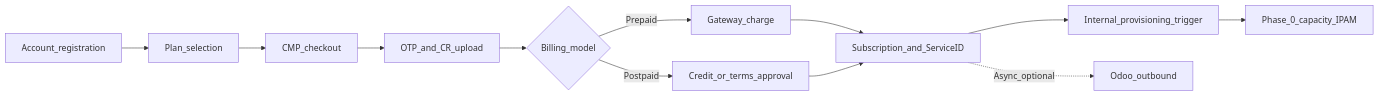
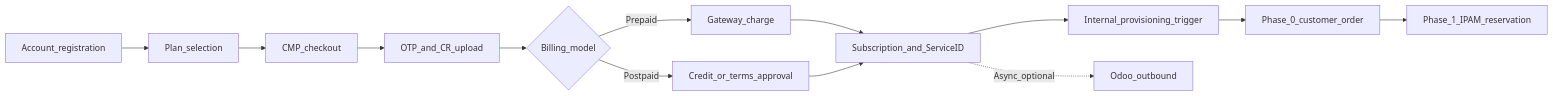
One commit to satish-londhe/admin-docs changed the diagram in docs/engagements/datamount/registration-and-billing.md. Above: the diagram before and after it, drawn with Mermaid. The commit also changed other lines of this file and 60 other files, not shown here.

````diff
--- a/docs/engagements/datamount/registration-and-billing.md
+++ b/docs/engagements/datamount/registration-and-billing.md
@@ -36,14 +34,15 @@
 ```mermaid
 flowchart LR
   Reg[Account_registration] --> Plan[Plan_selection]
   Plan --> Checkout[CMP_checkout]
   Checkout --> KYC[OTP_and_CR_upload]
   KYC --> Branch{Billing_model}
   Branch -->|Prepaid| Charge[Gateway_charge]
   Branch -->|Postpaid| Credit[Credit_or_terms_approval]
   Charge --> Sub[Subscription_and_ServiceID]
   Credit --> Sub
   Sub --> Trigger[Internal_provisioning_trigger]
   Sub -.->|Async_optional| OdooPush[Odoo_outbound]
-  Trigger --> Phase0[Phase_0_capacity_IPAM]
+  Trigger --> Phase0[Phase_0_customer_order]
+  Phase0 --> Phase1[Phase_1_IPAM_reservation]
 ```
````
